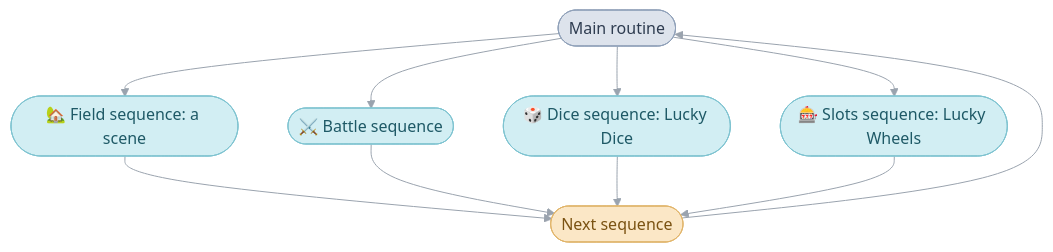
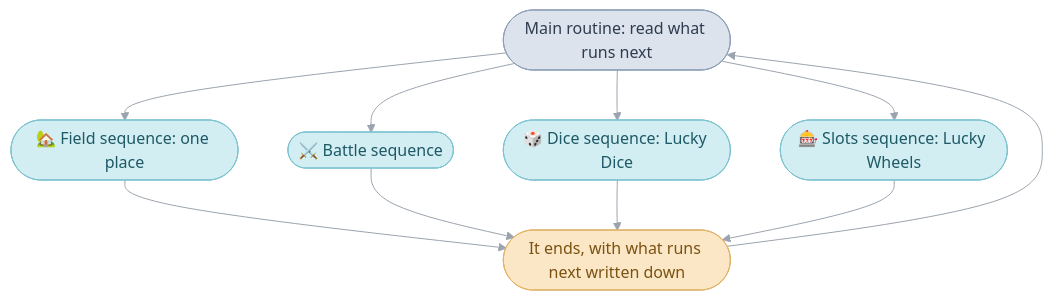
Before and after one commit to PascalPixel/alchemy: the third of 3 diagrams in games/tbs/README.md, drawn with Mermaid. The commit also changed other lines of this file and 20 other files, not shown here.

````diff
--- a/games/tbs/README.md
+++ b/games/tbs/README.md
@@ -156,13 +412,13 @@
 ```mermaid
 %%{init: {"theme": "base", "themeVariables": {"lineColor": "#9AA3AE", "edgeLabelBackground": "#FFFFFF"}, "flowchart": {"curve": "basis", "padding": 12}}}%%
 flowchart TD
-  loop(["Main routine"]) --> scene(["🏡 Field sequence: a scene"]) & battle(["⚔️ Battle sequence"]) & dice(["🎲 Dice sequence: Lucky Dice"]) & wheels(["🎰 Slots sequence: Lucky Wheels"])
-  scene & battle & dice & wheels --> back(["Next sequence"])
+  loop(["Main routine: read what runs next"]) --> scene(["🏡 Field sequence: one place"]) & battle(["⚔️ Battle sequence"]) & dice(["🎲 Dice sequence: Lucky Dice"]) & wheels(["🎰 Slots sequence: Lucky Wheels"])
+  scene & battle & dice & wheels --> back(["It ends, with what runs next written down"])
   back --> loop
   classDef mainRoutine fill:#DDE3EC,stroke:#8FA0B8,color:#2E3C50
   classDef sequence fill:#D2EEF3,stroke:#7FC3D0,color:#1E5966
   classDef request fill:#FBE7C6,stroke:#E0B46A,color:#7A5212
   class loop mainRoutine
   class scene,battle,dice,wheels sequence
   class back request
 ```
````
